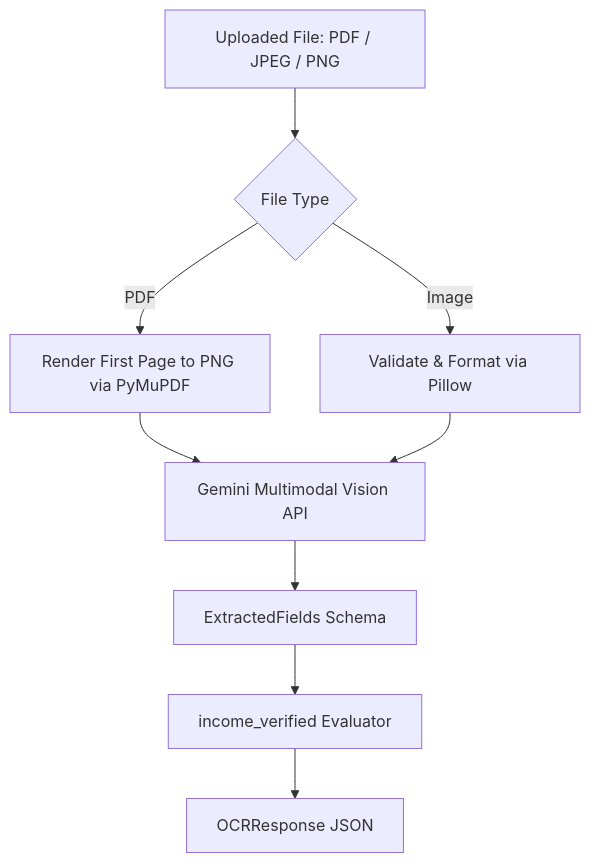
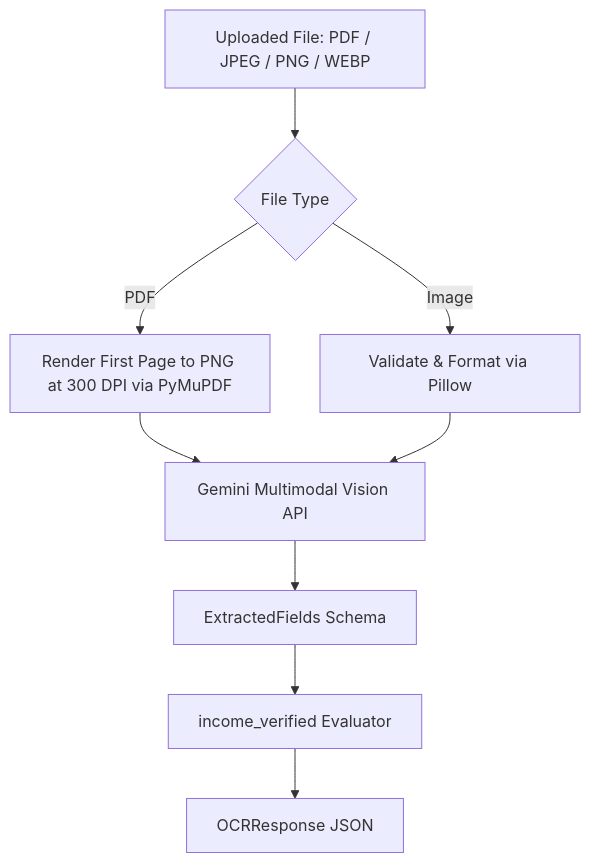
Before and after one commit to aviraltrip/SIH-26-AI-ML: the second of 3 diagrams in PIPELINES.md, drawn with Mermaid. The commit also changed other lines of this file and 3 other files, not shown here.

````diff
--- a/PIPELINES.md
+++ b/PIPELINES.md
@@ -65,11 +54,11 @@
 ```mermaid
 graph TD
-    Upload[Uploaded File: PDF / JPEG / PNG] --> Detect{File Type}
-    Detect -->|PDF| PyMuPDF[Render First Page to PNG via PyMuPDF]
+    Upload[Uploaded File: PDF / JPEG / PNG / WEBP] --> Detect{File Type}
+    Detect -->|PDF| PyMuPDF[Render First Page to PNG at 300 DPI via PyMuPDF]
     Detect -->|Image| PIL[Validate & Format via Pillow]
     PyMuPDF --> Vision[Gemini Multimodal Vision API]
     PIL --> Vision
     Vision --> Extraction[ExtractedFields Schema]
     Extraction --> Verification[income_verified Evaluator]
     Verification --> Response[OCRResponse JSON]
 ```
````
